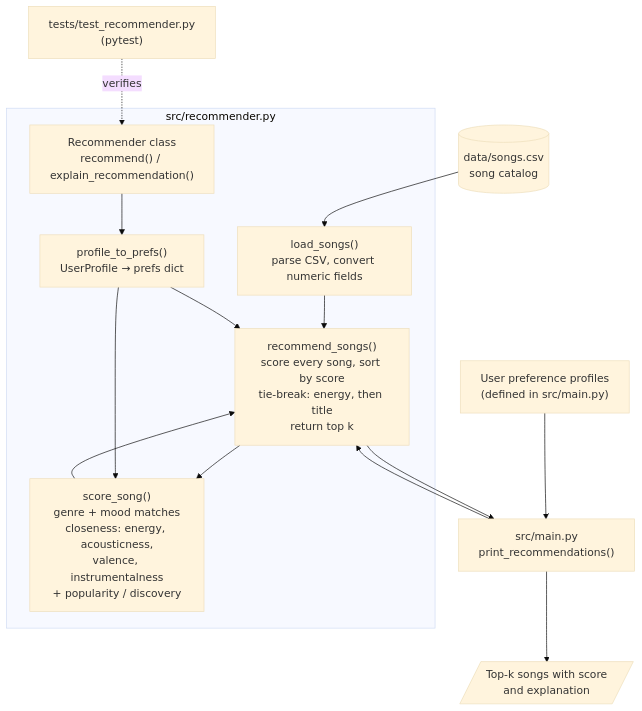
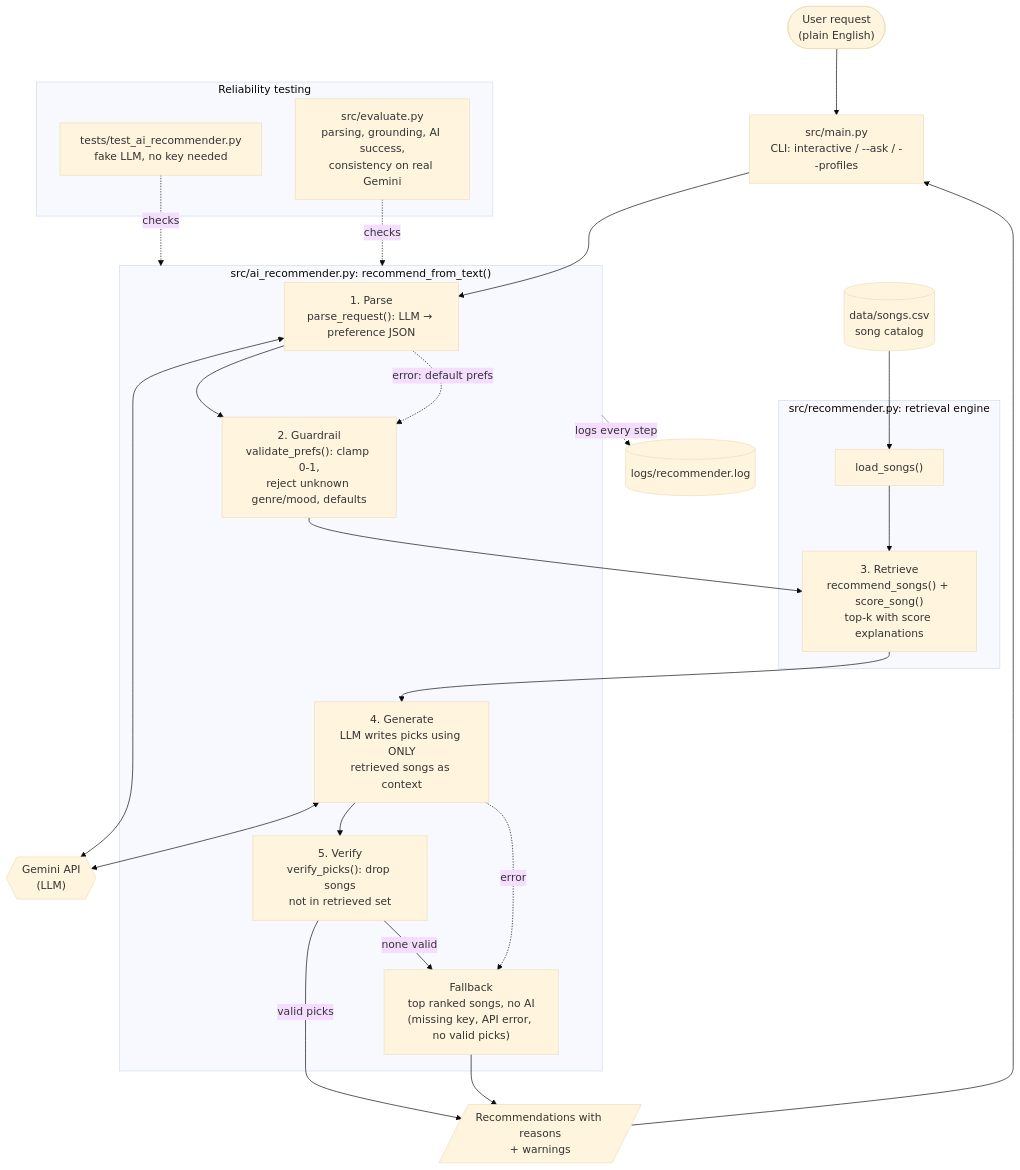
Before and after one commit to markkubrak/applied-ai-system-project: the diagram in diagrams/architecture.mmd, drawn with Mermaid (base theme). The commit also changed 8 other files, not shown here.

Commit message:
Added Gemini RAG Recommender with guard rails, logging, and evaluation

```diff
--- a/diagrams/architecture.mmd
+++ b/diagrams/architecture.mmd
@@ -1,31 +1,46 @@
 flowchart TD
-    %% Music Recommender Simulation - system architecture
+    %% Music Recommender - RAG architecture
 
+    USER(["User request<br/>(plain English)"])
+    MAIN["src/main.py<br/>CLI: interactive / --ask / --profiles"]
     CSV[("data/songs.csv<br/>song catalog")]
-    PROFILES["User preference profiles<br/>(defined in src/main.py)"]
+    GEMINI{{"Gemini API<br/>(LLM)"}}
+    LOG[("logs/recommender.log")]
 
-    subgraph REC["src/recommender.py"]
-        LOAD["load_songs()<br/>parse CSV, convert numeric fields"]
-        PREFS["profile_to_prefs()<br/>UserProfile → prefs dict"]
-        SCORE["score_song()<br/>genre + mood matches<br/>closeness: energy, acousticness,<br/>valence, instrumentalness<br/>+ popularity / discovery"]
-        RANK["recommend_songs()<br/>score every song, sort by score<br/>tie-break: energy, then title<br/>return top k"]
-        OOP["Recommender class<br/>recommend() / explain_recommendation()"]
+    subgraph AI["src/ai_recommender.py: recommend_from_text()"]
+        PARSE["1. Parse<br/>parse_request(): LLM → preference JSON"]
+        GUARD["2. Guardrail<br/>validate_prefs(): clamp 0-1,<br/>reject unknown genre/mood, defaults"]
+        GEN["4. Generate<br/>LLM writes picks using ONLY<br/>retrieved songs as context"]
+        VERIFY["5. Verify<br/>verify_picks(): drop songs<br/>not in retrieved set"]
+        FALLBACK["Fallback<br/>top ranked songs, no AI<br/>(missing key, API error, no valid picks)"]
     end
 
-    MAIN["src/main.py<br/>print_recommendations()"]
-    OUT[/"Top-k songs with score<br/>and explanation"/]
-    TESTS["tests/test_recommender.py<br/>(pytest)"]
+    subgraph REC["src/recommender.py: retrieval engine"]
+        LOAD["load_songs()"]
+        RANK["3. Retrieve<br/>recommend_songs() + score_song()<br/>top-k with score explanations"]
+    end
 
-    CSV --> LOAD
-    LOAD --> RANK
-    PROFILES --> MAIN
-    MAIN --> RANK
-    RANK --> SCORE
-    SCORE --> RANK
-    RANK --> MAIN
-    MAIN --> OUT
+    OUT[/"Recommendations with reasons<br/>+ warnings"/]
 
-    OOP --> PREFS
-    PREFS --> RANK
-    PREFS --> SCORE
-    TESTS -. verifies .-> OOP
+    subgraph QA["Reliability testing"]
+        TESTS["tests/test_ai_recommender.py<br/>fake LLM, no key needed"]
+        EVAL["src/evaluate.py<br/>parsing, grounding, AI success,<br/>consistency on real Gemini"]
+    end
+
+    USER --> MAIN --> PARSE
+    CSV --> LOAD --> RANK
+    PARSE <--> GEMINI
+    PARSE --> GUARD --> RANK
+    RANK --> GEN
+    GEN <--> GEMINI
+    GEN --> VERIFY
+    VERIFY -- "valid picks" --> OUT
+    VERIFY -- "none valid" --> FALLBACK
+    PARSE -. "error: default prefs" .-> GUARD
+    GEN -. "error" .-> FALLBACK
+    FALLBACK --> OUT
+    OUT --> MAIN
+
+    AI -. "logs every step" .-> LOG
+    TESTS -. checks .-> AI
+    EVAL -. checks .-> AI
```
